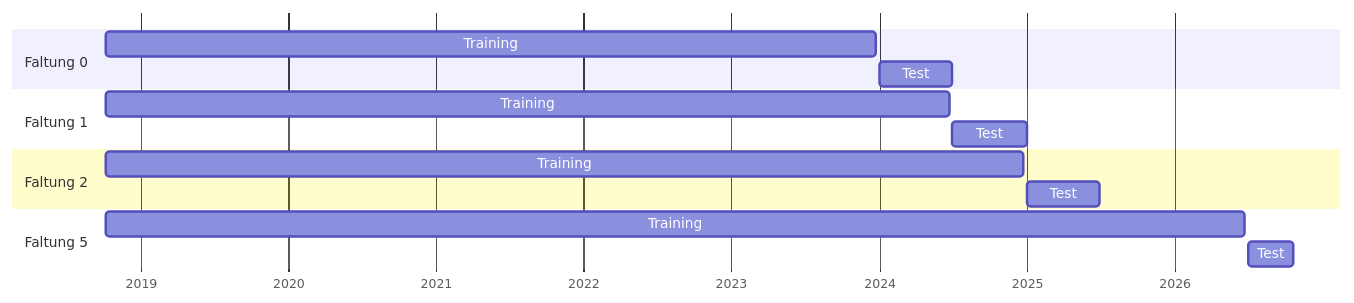
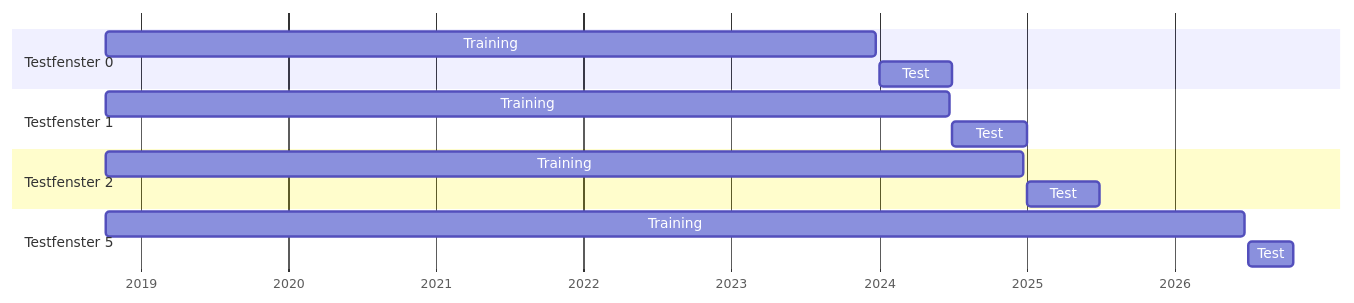
The fourth of 4 diagrams in docs/PROGNOSEMODELLE.md (the78mole/PredictionDB), drawn with Mermaid before and after one commit. The commit also changed other lines of this file and 23 other files, not shown here.

First line of the commit message:
docs: „Faltung“ durch „Testfenster“ ersetzen (#309)

````diff
--- a/docs/PROGNOSEMODELLE.md
+++ b/docs/PROGNOSEMODELLE.md
@@ -350,17 +350,17 @@
 ```mermaid
 gantt
     dateFormat YYYY-MM-DD
     axisFormat %Y
-    section Faltung 0
+    section Testfenster 0
     Training           :2018-10-08, 2023-12-24
     Test               :2024-01-01, 2024-06-30
-    section Faltung 1
+    section Testfenster 1
     Training           :2018-10-08, 2024-06-23
     Test               :2024-07-01, 2024-12-31
-    section Faltung 2
+    section Testfenster 2
     Training           :2018-10-08, 2024-12-24
     Test               :2025-01-01, 2025-06-30
-    section Faltung 5
+    section Testfenster 5
     Training           :2018-10-08, 2026-06-23
     Test               :2026-07-01, 2026-10-21
 ```
````
